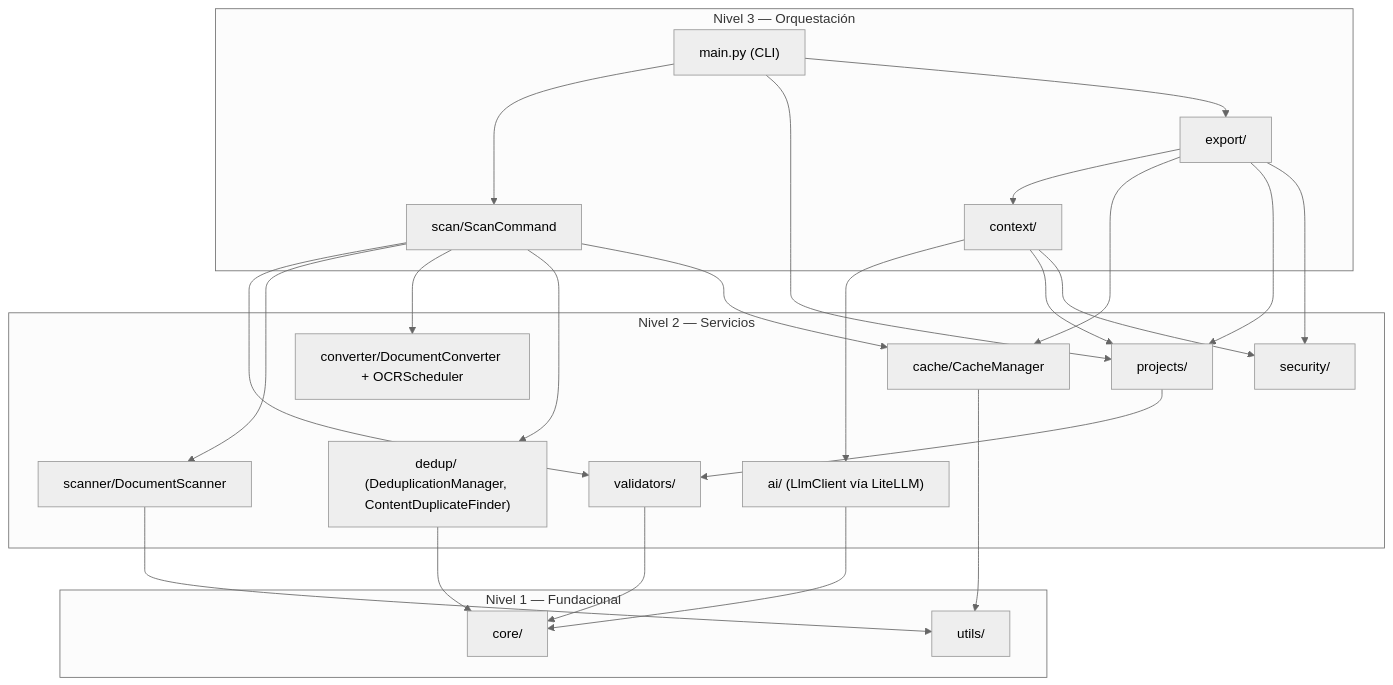
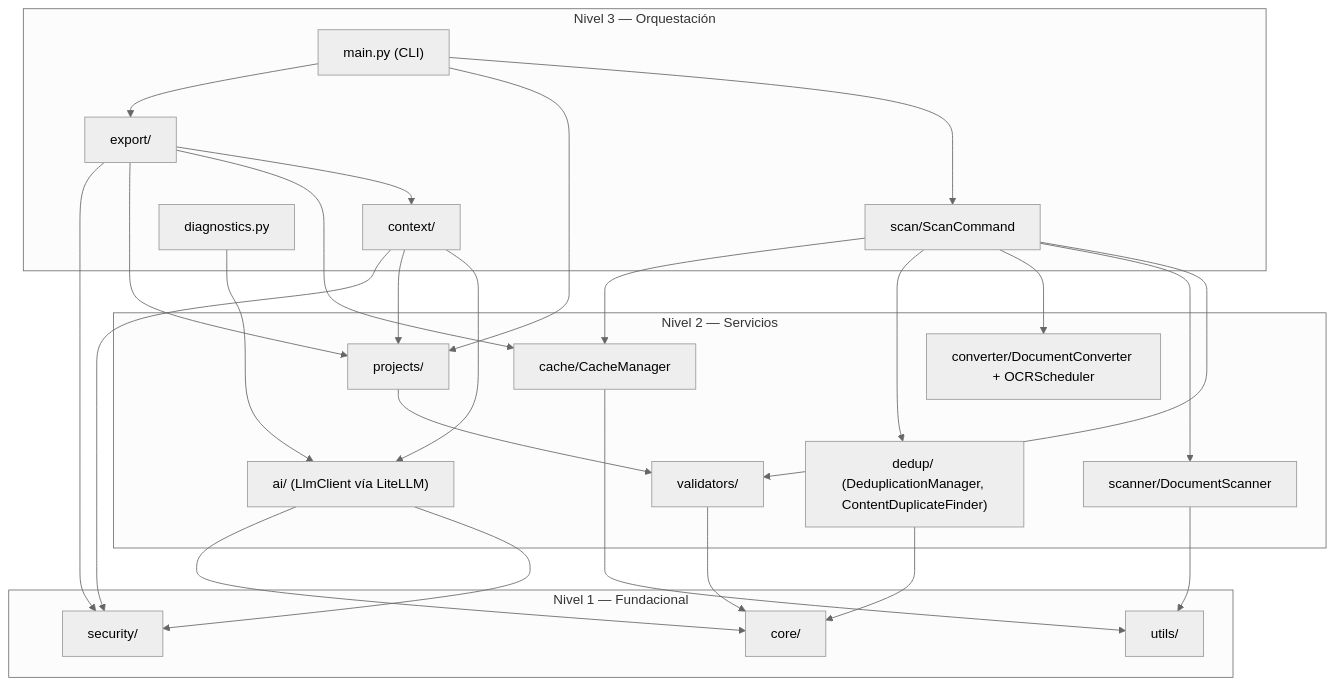
Before and after one commit to fmanza/doc_organize: the diagram in .ai/architecture.md, drawn with Mermaid (neutral theme). The commit also changed other lines of this file and 53 other files, not shown here.

````diff
--- a/.ai/architecture.md
+++ b/.ai/architecture.md
@@ -67,44 +67,47 @@
 ```mermaid
 graph TB
     subgraph L3["Nivel 3 — Orquestación"]
         CLI["main.py (CLI)"]
         ScanCmd["scan/ScanCommand"]
         Context["context/"]
         Export["export/"]
+        Diagnostics["diagnostics.py"]
     end
     subgraph L2["Nivel 2 — Servicios"]
         Validators["validators/"]
         Scanner["scanner/DocumentScanner"]
         Converter["converter/DocumentConverter + OCRScheduler"]
         Dedup["dedup/ (DeduplicationManager, ContentDuplicateFinder)"]
         Cache["cache/CacheManager"]
         Projects["projects/"]
-        Security["security/"]
         Ai["ai/ (LlmClient vía LiteLLM)"]
     end
     subgraph L1["Nivel 1 — Fundacional"]
         Core["core/"]
         Utils["utils/"]
+        Security["security/"]
     end
     CLI --> ScanCmd
     CLI --> Projects
     CLI --> Export
     ScanCmd --> Validators
     ScanCmd --> Scanner
     ScanCmd --> Converter
     ScanCmd --> Dedup
     ScanCmd --> Cache
     Context --> Ai
     Context --> Projects
     Context --> Security
     Export --> Context
     Export --> Cache
     Export --> Projects
     Export --> Security
     Projects --> Validators
+    Diagnostics --> Ai
+    Ai --> Security
     Ai --> Core
     Dedup --> Core
     Scanner --> Utils
     Cache --> Utils
     Validators --> Core
 ```
````
